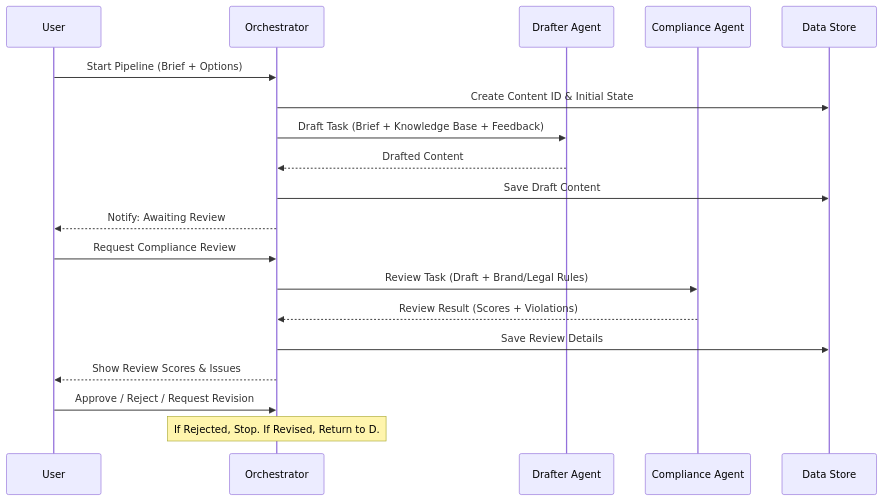
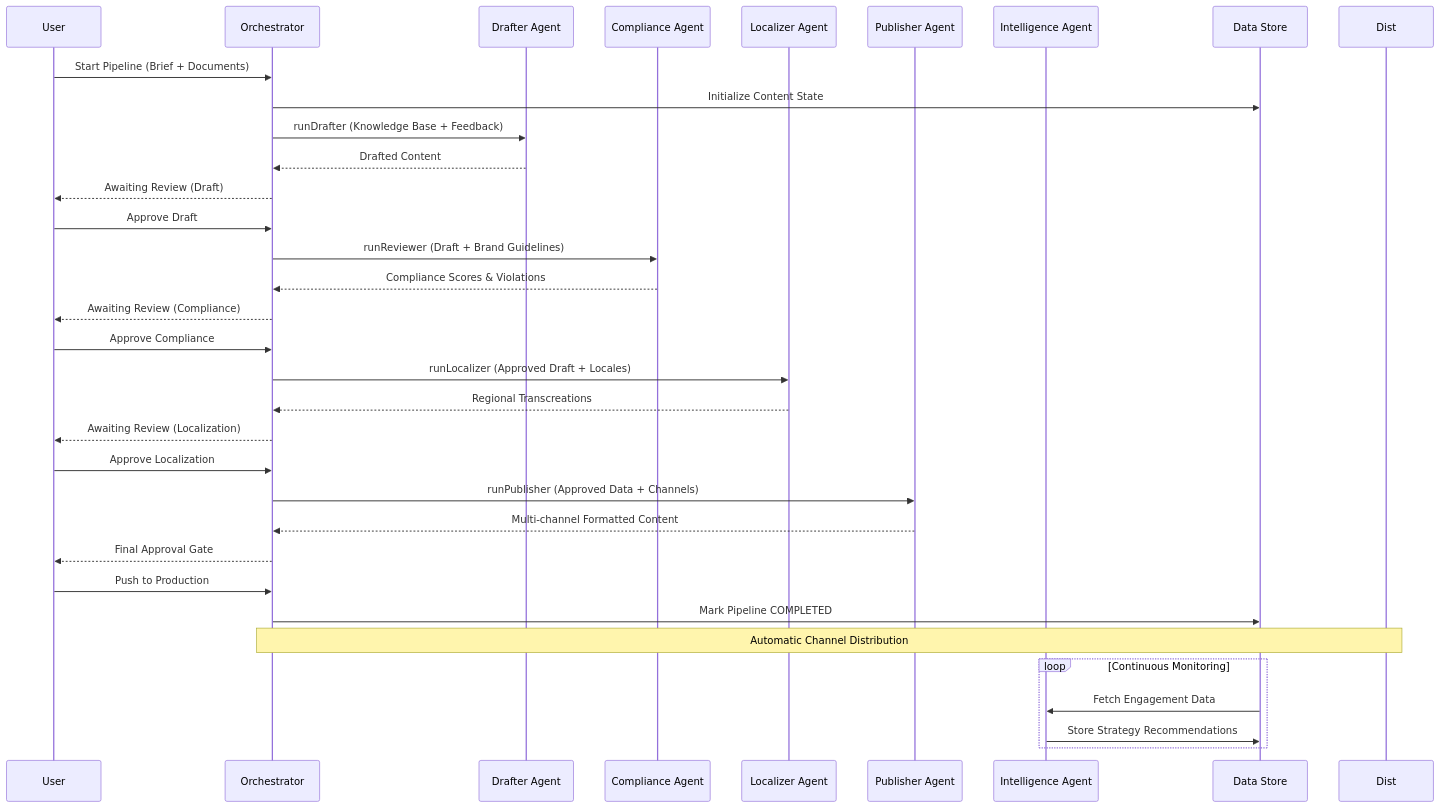
Before and after one commit to manusingh090/ContentForge: the second of 2 diagrams in architecture.md, drawn with Mermaid. The commit also changed other lines of this file, not shown here.

Commit message:
feat: implement interactive presentation deck with supporting architecture documentation and assets

````diff
--- a/architecture.md
+++ b/architecture.md
@@ -25,22 +54,36 @@
 ```mermaid
 sequenceDiagram
     participant U as User
     participant O as Orchestrator
     participant D as Drafter Agent
     participant C as Compliance Agent
+    participant L as Localizer Agent
+    participant P as Publisher Agent
+    participant I as Intelligence Agent
     participant S as Data Store
 
-    U->>O: Start Pipeline (Brief + Options)
-    O->>S: Create Content ID & Initial State
-    O->>D: Draft Task (Brief + Knowledge Base + Feedback)
+    U->>O: Start Pipeline (Brief + Documents)
+    O->>S: Initialize Content State
+    O->>D: runDrafter (Knowledge Base + Feedback)
     D-->>O: Drafted Content
-    O->>S: Save Draft Content
-    O-->>U: Notify: Awaiting Review
-    U->>O: Request Compliance Review
-    O->>C: Review Task (Draft + Brand/Legal Rules)
-    C-->>O: Review Result (Scores + Violations)
-    O->>S: Save Review Details
-    O-->>U: Show Review Scores & Issues
-    U->>O: Approve / Reject / Request Revision
-    Note over O: If Rejected, Stop. If Revised, Return to D.
+    O-->>U: Awaiting Review (Draft)
+    U->>O: Approve Draft
+    O->>C: runReviewer (Draft + Brand Guidelines)
+    C-->>O: Compliance Scores & Violations
+    O-->>U: Awaiting Review (Compliance)
+    U->>O: Approve Compliance
+    O->>L: runLocalizer (Approved Draft + Locales)
+    L-->>O: Regional Transcreations
+    O-->>U: Awaiting Review (Localization)
+    U->>O: Approve Localization
+    O->>P: runPublisher (Approved Data + Channels)
+    P-->>O: Multi-channel Formatted Content
+    O-->>U: Final Approval Gate
+    U->>O: Push to Production
+    O->>S: Mark Pipeline COMPLETED
+    Note over O, Dist: Automatic Channel Distribution
+    loop Continuous Monitoring
+        S->>I: Fetch Engagement Data
+        I->>S: Store Strategy Recommendations
+    end
 ```
````
